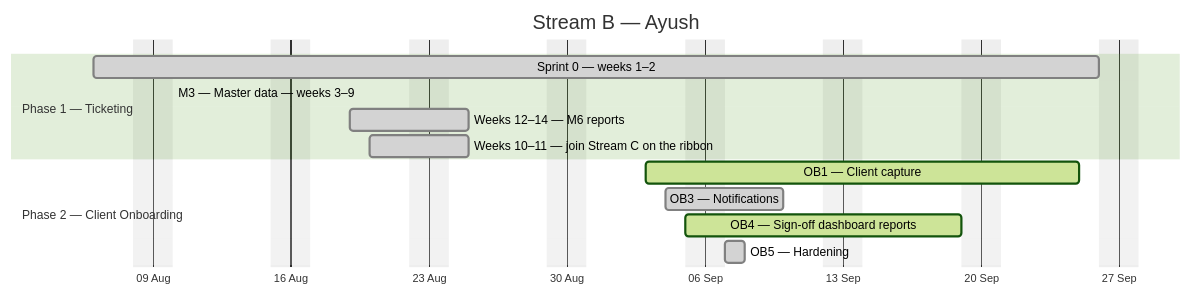
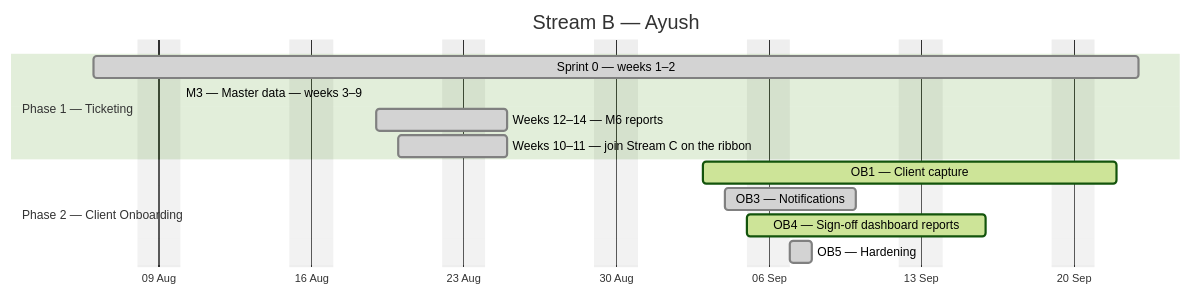
One commit to debashisedunext/EduTrack changed the second of 4 diagrams in docs/plan/GANTT.md. Above: the diagram before and after it, drawn with Mermaid (forest theme). The commit also changed other lines of this file and 3 other files, not shown here.

````diff
--- a/docs/plan/GANTT.md
+++ b/docs/plan/GANTT.md
@@ -143,17 +141,17 @@
 ```mermaid
 gantt
     dateFormat YYYY-MM-DD
     axisFormat %d %b
     title Stream B — Ayush
     excludes weekends
     section Phase 1 — Ticketing
-    Sprint 0 — weeks 1–2 :done, b0, 2026-08-06, 37d
-    M3 — Master data — weeks 3–9 :done, b1, 2026-08-10, -24d
+    Sprint 0 — weeks 1–2 :done, b0, 2026-08-06, 34d
+    M3 — Master data — weeks 3–9 :done, b1, 2026-08-10, -21d
     Weeks 12–14 — M6 reports :done, b2, 2026-08-19, 4d
     Weeks 10–11 — join Stream C on the ribbon :done, b3, 2026-08-20, 3d
     section Phase 2 — Client Onboarding
-    OB1 — Client capture :active, b4, 2026-09-03, 16d
+    OB1 — Client capture :active, b4, 2026-09-03, 13d
     OB3 — Notifications :done, b5, 2026-09-04, 4d
-    OB4 — Sign-off  dashboard  reports :active, b6, 2026-09-05, 11d
+    OB4 — Sign-off  dashboard  reports :active, b6, 2026-09-05, 8d
     OB5 — Hardening :done, b7, 2026-09-07, 1d
 ```
````
